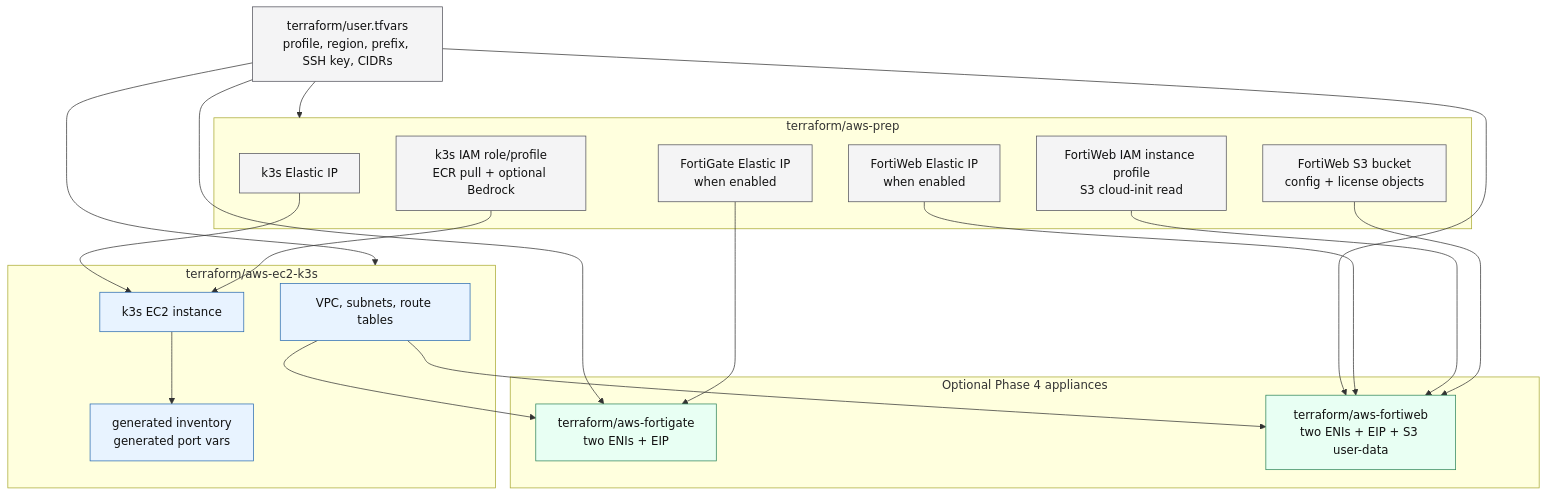
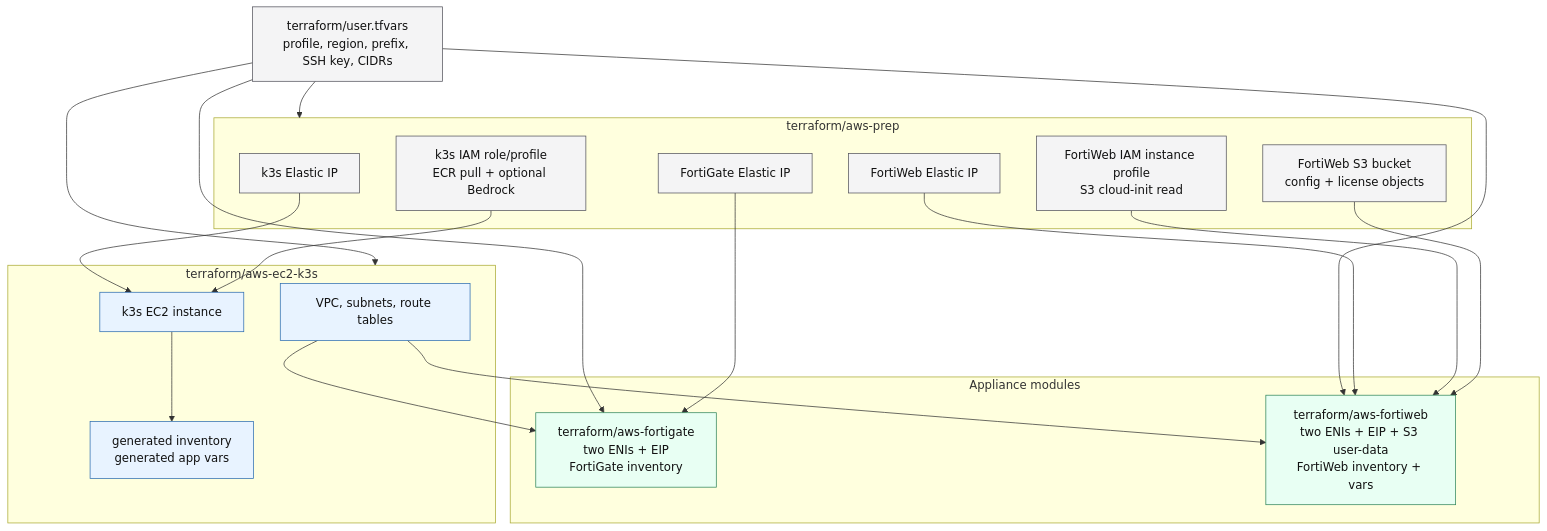
The second of 2 diagrams in docs/vpc-layout.md (mabutterfield/fortiaigate_demo), drawn with Mermaid before and after one commit. The commit also changed other lines of this file and 106 other files, not shown here.

Commit message:
Complete Phase 6 appliance automation baseline

````diff
--- a/docs/vpc-layout.md
+++ b/docs/vpc-layout.md
@@ -104,47 +106,47 @@
 ```mermaid
 flowchart TB
     Common["terraform/user.tfvars<br/>profile, region, prefix, SSH key, CIDRs"]
 
     subgraph Prep["terraform/aws-prep"]
         K3SEIP["k3s Elastic IP"]
-        FGEIP["FortiGate Elastic IP<br/>when enabled"]
-        FWEIP["FortiWeb Elastic IP<br/>when enabled"]
+        FGEIP["FortiGate Elastic IP"]
+        FWEIP["FortiWeb Elastic IP"]
         K3SIAM["k3s IAM role/profile<br/>ECR pull + optional Bedrock"]
         FWBIAM["FortiWeb IAM instance profile<br/>S3 cloud-init read"]
         FWBS3["FortiWeb S3 bucket<br/>config + license objects"]
     end
 
     subgraph Foundation["terraform/aws-ec2-k3s"]
         VPCModule["VPC, subnets, route tables"]
         K3SInstance["k3s EC2 instance"]
-        GeneratedFiles["generated inventory<br/>generated port vars"]
+        GeneratedFiles["generated inventory<br/>generated app vars"]
     end
 
-    subgraph Appliances["Optional Phase 4 appliances"]
-        FGTModule["terraform/aws-fortigate<br/>two ENIs + EIP"]
-        FWBModule["terraform/aws-fortiweb<br/>two ENIs + EIP + S3 user-data"]
+    subgraph Appliances["Appliance modules"]
+        FGTModule["terraform/aws-fortigate<br/>two ENIs + EIP<br/>FortiGate inventory"]
+        FWBModule["terraform/aws-fortiweb<br/>two ENIs + EIP + S3 user-data<br/>FortiWeb inventory + vars"]
     end
 
     Common --> Prep
     Common --> Foundation
     Common --> FGTModule
     Common --> FWBModule
 
     K3SEIP --> K3SInstance
     K3SIAM --> K3SInstance
     VPCModule --> FGTModule
     VPCModule --> FWBModule
     FGEIP --> FGTModule
     FWEIP --> FWBModule
     FWBIAM --> FWBModule
     FWBS3 --> FWBModule
     K3SInstance --> GeneratedFiles
 
     classDef prep fill:#f4f4f5,stroke:#52525b,color:#111;
     classDef current fill:#e8f3ff,stroke:#2b6cb0,color:#111;
     classDef appliance fill:#e8fff3,stroke:#2f855a,color:#111;
 
     class Common,K3SEIP,FGEIP,FWEIP,K3SIAM,FWBIAM,FWBS3 prep;
     class VPCModule,K3SInstance,GeneratedFiles current;
     class FGTModule,FWBModule appliance;
 ```
````
